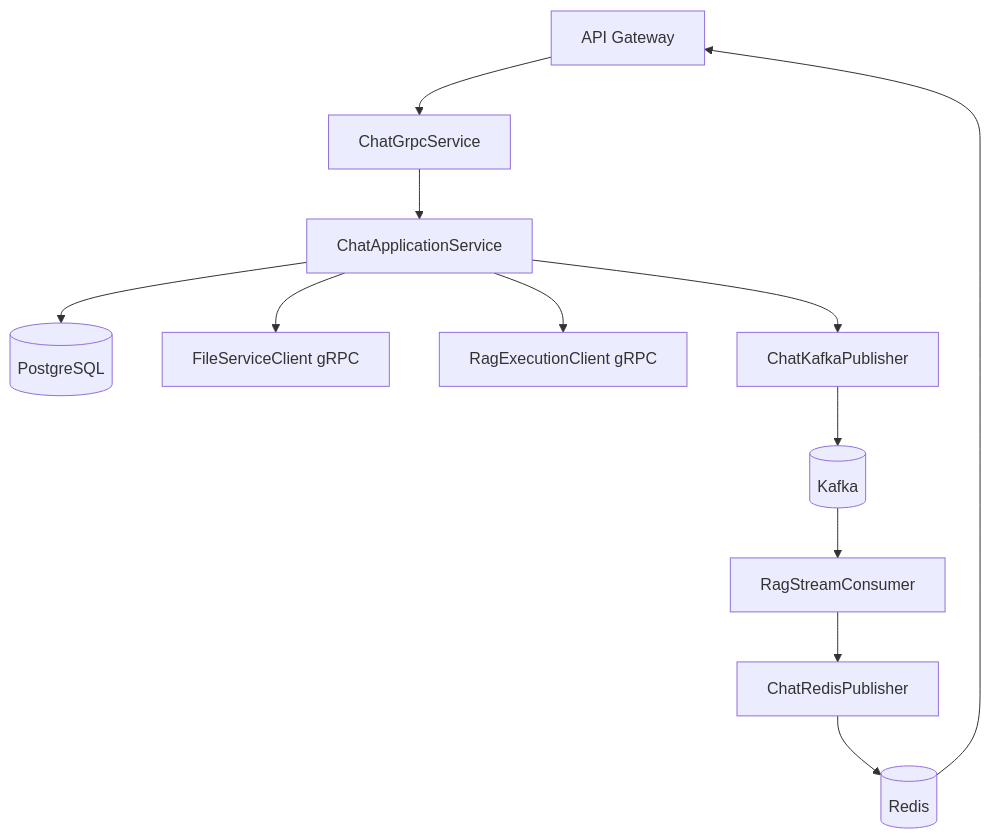
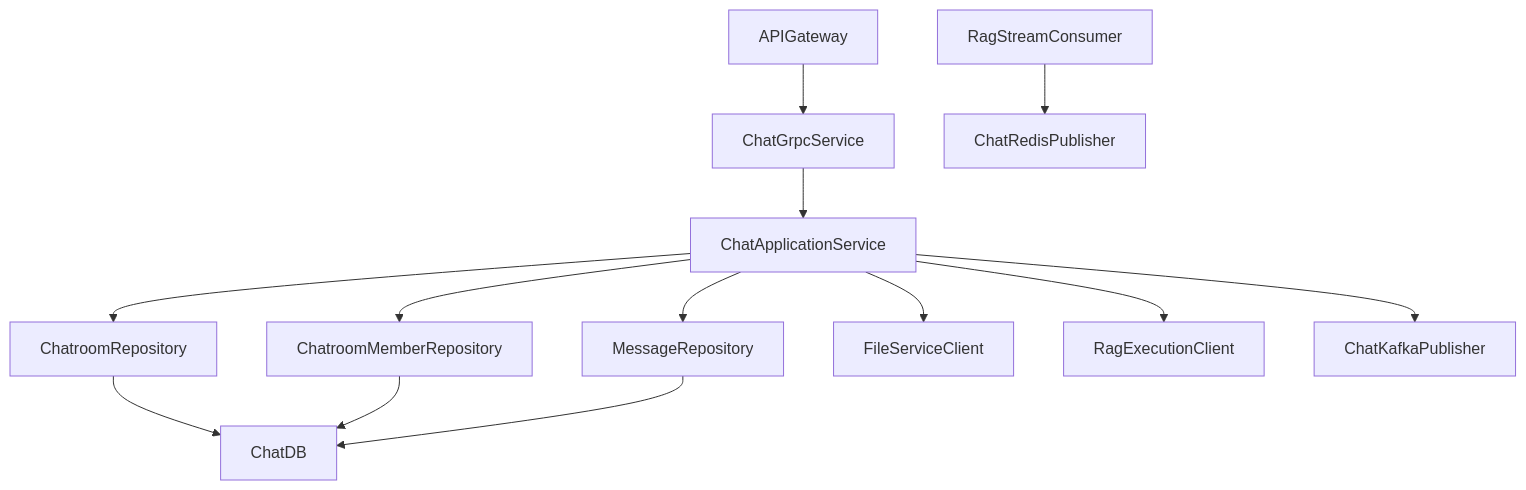
One commit to Estifanos58/AI-Learning-Platform changed the second of 3 diagrams in chat-service/README.md. Above: the diagram before and after it, drawn with Mermaid. The commit also changed other lines of this file, not shown here.

First line of the commit message:
docs(chat-service): update README

````diff
--- a/chat-service/README.md
+++ b/chat-service/README.md
@@ -80,14 +96,15 @@
 ```mermaid
 graph TD
-    Gateway[API Gateway] --> GRPC[ChatGrpcService]
-    GRPC --> App[ChatApplicationService]
-    App --> DB[(PostgreSQL)]
-    App --> FileClient[FileServiceClient gRPC]
-    App --> RagClient[RagExecutionClient gRPC]
-    App --> KafkaPub[ChatKafkaPublisher]
-    KafkaPub --> Kafka[(Kafka)]
-    Kafka --> RagConsumer[RagStreamConsumer]
-    RagConsumer --> RedisPub[ChatRedisPublisher]
-    RedisPub --> Redis[(Redis)]
-    Redis --> Gateway
+    APIGateway --> ChatGrpcService
+    ChatGrpcService --> ChatApplicationService
+    ChatApplicationService --> ChatroomRepository
+    ChatApplicationService --> ChatroomMemberRepository
+    ChatApplicationService --> MessageRepository
+    ChatroomRepository --> ChatDB
+    ChatroomMemberRepository --> ChatDB
+    MessageRepository --> ChatDB
+    ChatApplicationService --> FileServiceClient
+    ChatApplicationService --> RagExecutionClient
+    ChatApplicationService --> ChatKafkaPublisher
+    RagStreamConsumer --> ChatRedisPublisher
 ```
````
